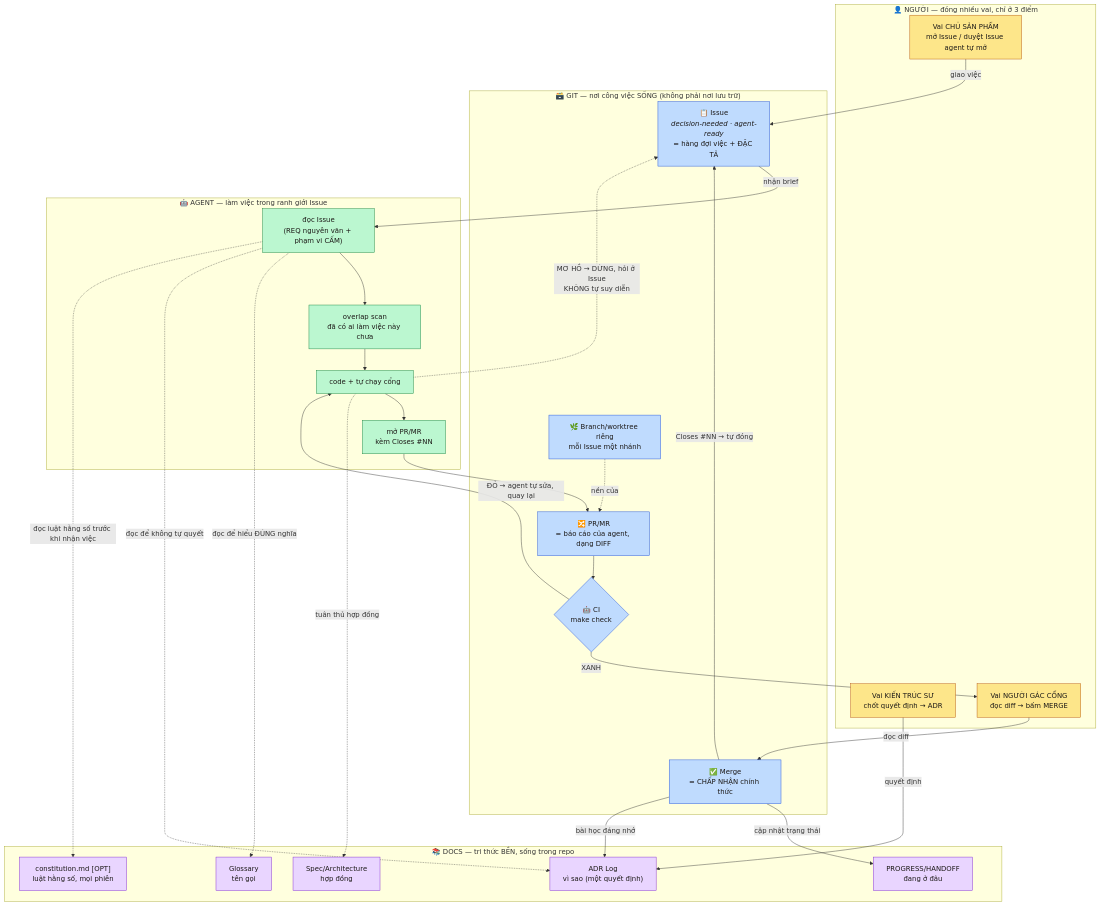
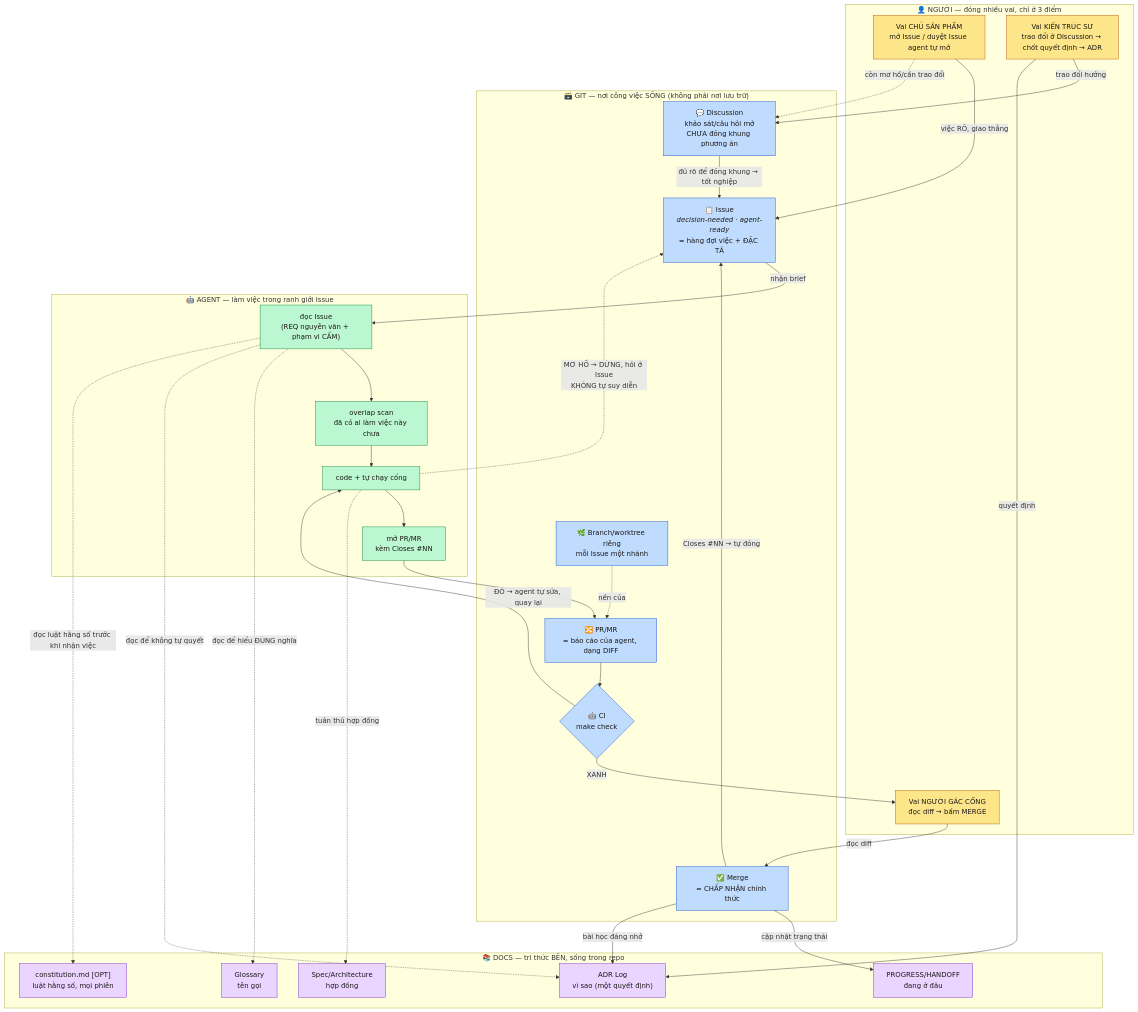
Before and after one commit to Jester6136/claude.general: the first of 2 diagrams in GIT-FLOW.md, drawn with Mermaid. The commit also changed other lines of this file, not shown here.

First line of the commit message:
docs(GIT-FLOW): cập nhật sơ đồ mermaid theo mục Discussions vừa thêm

````diff
--- a/GIT-FLOW.md
+++ b/GIT-FLOW.md
@@ -36,59 +36,63 @@
 ```mermaid
 flowchart TB
     subgraph H["👤 NGƯỜI — đóng nhiều vai, chỉ ở 3 điểm"]
         H1["Vai CHỦ SẢN PHẨM<br/>mở Issue / duyệt Issue agent tự mở"]
-        H2["Vai KIẾN TRÚC SƯ<br/>chốt quyết định → ADR"]
+        H2["Vai KIẾN TRÚC SƯ<br/>trao đổi ở Discussion → chốt quyết định → ADR"]
         H3["Vai NGƯỜI GÁC CỔNG<br/>đọc diff → bấm MERGE"]
     end
 
     subgraph G["🗃️ GIT — nơi công việc SỐNG (không phải nơi lưu trữ)"]
+        DISC["💬 Discussion<br/>khảo sát/câu hỏi mở<br/>CHƯA đóng khung phương án"]
         I["📋 Issue<br/><i>decision-needed</i> · <i>agent-ready</i><br/>= hàng đợi việc + ĐẶC TẢ"]
         B["🌿 Branch/worktree riêng<br/>mỗi Issue một nhánh"]
         P["🔀 PR/MR<br/>= báo cáo của agent, dạng DIFF"]
         C{"🤖 CI<br/>make check"}
         M["✅ Merge<br/>= CHẤP NHẬN chính thức"]
     end
 
     subgraph A["🤖 AGENT — làm việc trong ranh giới Issue"]
         A1["đọc Issue<br/>(REQ nguyên văn + phạm vi CẤM)"]
         A2["overlap scan<br/>đã có ai làm việc này chưa"]
         A3["code + tự chạy cổng"]
         A4["mở PR/MR<br/>kèm Closes #NN"]
     end
 
     subgraph D["📚 DOCS — tri thức BỀN, sống trong repo"]
         D1["Glossary<br/>tên gọi"]
         D2["ADR Log<br/>vì sao (một quyết định)"]
         D3["Spec/Architecture<br/>hợp đồng"]
         D4["PROGRESS/HANDOFF<br/>đang ở đâu"]
         D5["constitution.md [OPT]<br/>luật hằng số, mọi phiên"]
     end
 
-    H1 -->|"giao việc"| I
+    H1 -->|"việc RÕ, giao thẳng"| I
+    H1 -.->|"còn mơ hồ/cần trao đổi"| DISC
+    H2 -->|"trao đổi hướng"| DISC
+    DISC -->|"đủ rõ để đóng khung → tốt nghiệp"| I
     H2 -->|"quyết định"| D2
     I -->|"nhận brief"| A1 --> A2 --> A3 --> A4
     A4 --> P
     B -.->|"nền của"| P
     A1 -.->|"đọc để hiểu ĐÚNG nghĩa"| D1
     A1 -.->|"đọc để không tự quyết"| D2
     A3 -.->|"tuân thủ hợp đồng"| D3
     A1 -.->|"đọc luật hằng số trước khi nhận việc"| D5
     P --> C
     C -->|"ĐỎ → agent tự sửa, quay lại"| A3
     C -->|"XANH"| H3
     H3 -->|"đọc diff"| M
     M -->|"Closes #NN → tự đóng"| I
     M -->|"cập nhật trạng thái"| D4
     M -->|"bài học đáng nhớ"| D2
 
     A3 -.->|"MƠ HỒ → DỪNG, hỏi ở Issue<br/>KHÔNG tự suy diễn"| I
 
     classDef human fill:#fde68a,stroke:#b45309,color:#1c1917
     classDef git fill:#bfdbfe,stroke:#1d4ed8,color:#1c1917
     classDef agent fill:#bbf7d0,stroke:#15803d,color:#1c1917
     classDef doc fill:#e9d5ff,stroke:#7e22ce,color:#1c1917
     class H1,H2,H3 human
-    class I,B,P,C,M git
+    class DISC,I,B,P,C,M git
     class A1,A2,A3,A4 agent
     class D1,D2,D3,D4,D5 doc
 ```
````
